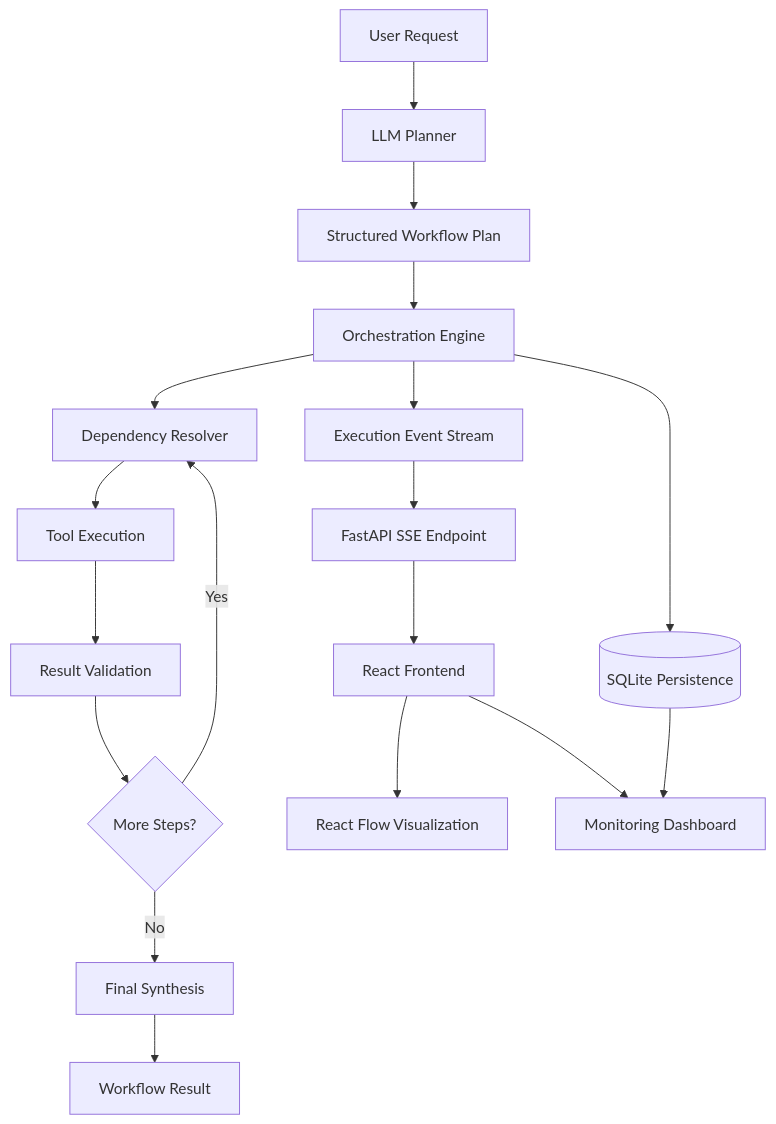
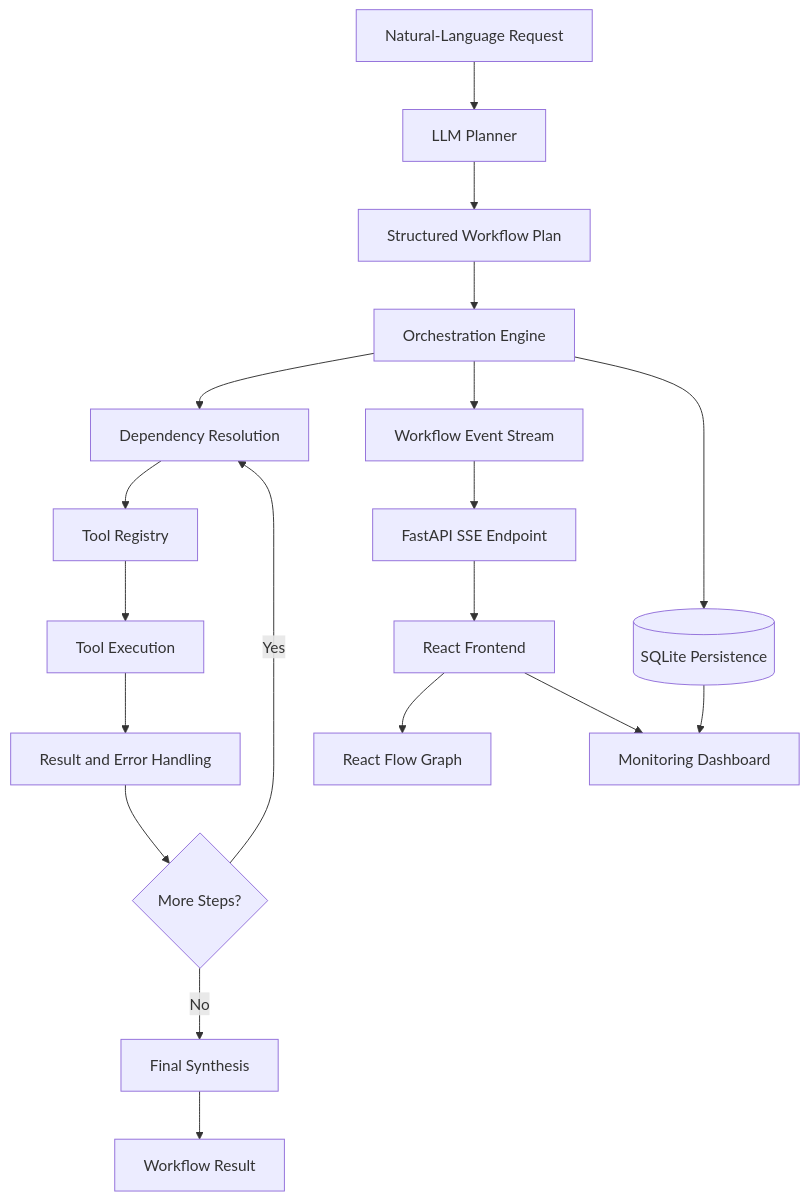
Before and after one commit to Anushalatha/Flowmind: the diagram in README.md, drawn with Mermaid. The commit also changed other lines of this file, not shown here.

````diff
--- a/README.md
+++ b/README.md
@@ -46,22 +62,27 @@
 ```mermaid
 flowchart TD
-    A[User Request] --> B[LLM Planner]
-    B --> C[Structured Workflow Plan]
-    C --> D[Orchestration Engine]
-    D --> E[Dependency Resolver]
-    E --> F[Tool Execution]
-    F --> G[Result Validation]
-    G --> H{More Steps?}
-    H -->|Yes| E
-    H -->|No| I[Final Synthesis]
-    I --> J[Workflow Result]
+    A["Natural-Language Request"] --> B["LLM Planner"]
+    B --> C["Structured Workflow Plan"]
+    C --> D["Orchestration Engine"]
 
-    D --> K[Execution Event Stream]
-    K --> L[FastAPI SSE Endpoint]
-    L --> M[React Frontend]
-    M --> N[React Flow Visualization]
-    M --> O[Monitoring Dashboard]
+    D --> E["Dependency Resolution"]
+    E --> F["Tool Registry"]
+    F --> G["Tool Execution"]
+    G --> H["Result and Error Handling"]
 
-    D --> P[(SQLite Persistence)]
-    P --> O
+    H --> I{"More Steps?"}
+    I -->|Yes| E
+    I -->|No| J["Final Synthesis"]
+
+    J --> K["Workflow Result"]
+
+    D --> L["Workflow Event Stream"]
+    L --> M["FastAPI SSE Endpoint"]
+    M --> N["React Frontend"]
+
+    N --> O["React Flow Graph"]
+    N --> P["Monitoring Dashboard"]
+
+    D --> Q[("SQLite Persistence")]
+    Q --> P
 ```
````
